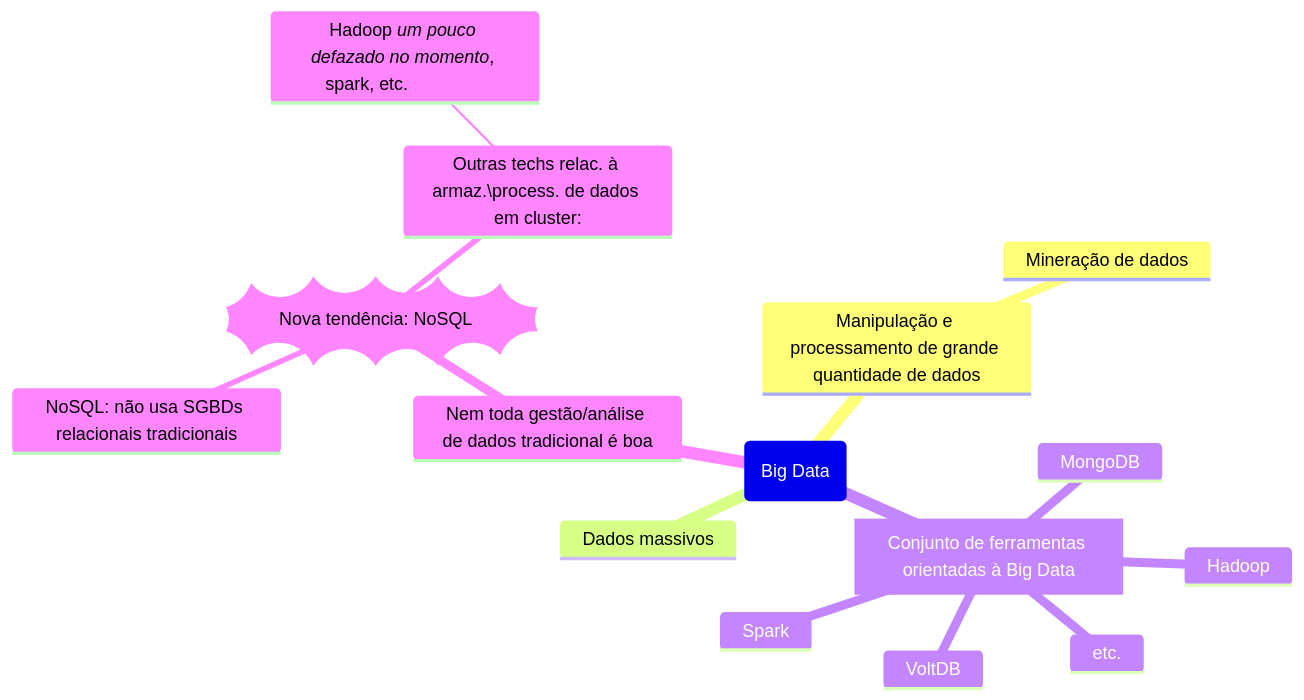
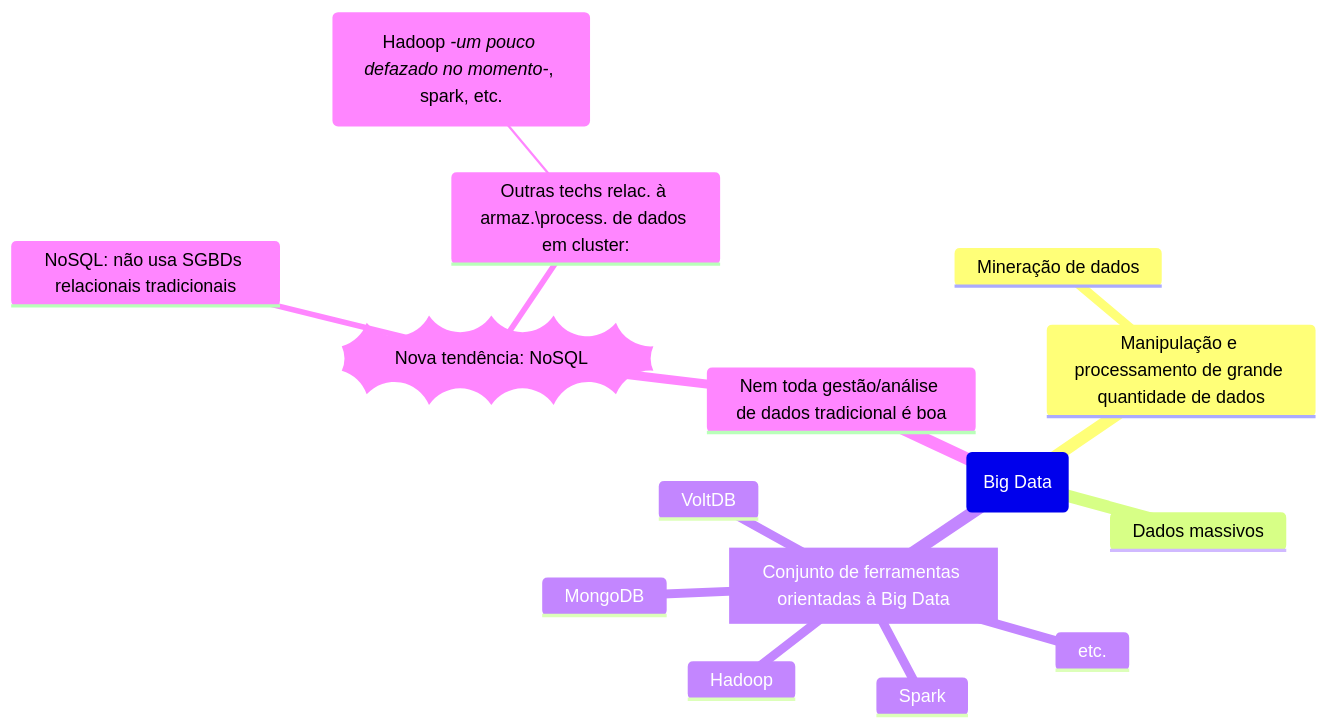
Before and after one commit to Igorino/joplin-notes: the third of 3 diagrams in Mestrado/Segundo Semestre/SIN5033 - Grafos de conhecimento e Ontologias/Anotações/De Aulas/Aula do dia 2026 04 08.md, drawn with Mermaid. The commit also changed other lines of this file, not shown here.

Commit message:
Exported on 2026-04-08_17-10-51

````diff
--- a/Mestrado/Segundo Semestre/SIN5033 - Grafos de conhecimento e Ontologias/Anotações/De Aulas/Aula do dia 2026 04 08.md
+++ b/Mestrado/Segundo Semestre/SIN5033 - Grafos de conhecimento e Ontologias/Anotações/De Aulas/Aula do dia 2026 04 08.md
@@ -65,21 +65,21 @@
 ```mermaid
 mindmap
 root(Big Data)
 	Manipulação e processamento de grande quantidade de dados
 		Mineração de dados
 	Dados massivos
 	[Conjunto de ferramentas orientadas à Big Data]
 		Hadoop
 		MongoDB
 		VoltDB
 		Spark
 		etc.
 	Nem toda gestão/análise de dados tradicional é boa
 		))Nova tendência: NoSQL((
 			NoSQL: não usa SGBDs relacionais tradicionais
 			Outras techs relac. à armaz.\process. de dados em cluster:
-				Hadoop *um pouco defazado no momento*, spark, etc.		
+				(Hadoop *-um pouco defazado no momento-*, spark, etc.)
 		
 			
 	
 ```
````
